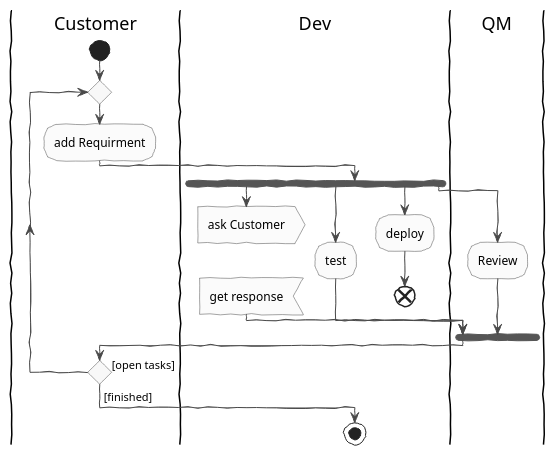
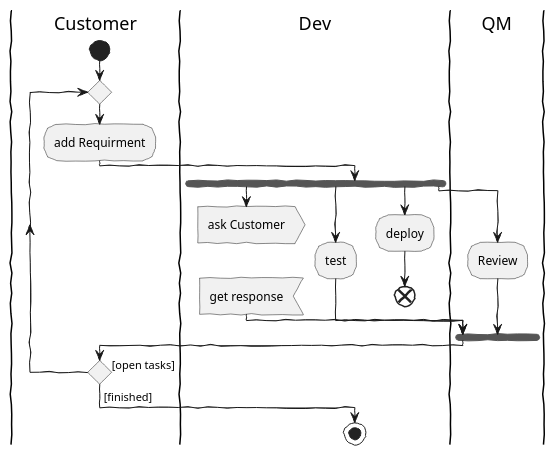
Before and after one commit to hannsens/plantUML-Activity-Cheatsheet: the diagram in plantuml/11_aufhuebschen03.plantuml, drawn with PlantUML. The commit also changed 2 other files, not shown here.

Commit message:
Hinweise zu den Webservices ergänzt und Links zu allen Diagrammen angefügt

```diff
--- a/plantuml/11_aufhuebschen03.plantuml
+++ b/plantuml/11_aufhuebschen03.plantuml
@@ -1,49 +1,37 @@
 @startuml
 ' Welche Schriften gibt es auf dem System?
 ' listfonts als plantUML-Kommando gibt's aus.
 skinparam DefaultFontName "FG Virgil"
 skinparam handwritten true
 skinparam monochrome true
 skinparam packageStyle rect
 skinparam shadowing false
 
-skinparam Activity{
-    BackgroundColor snow
-    BorderColor DarkSlateBlue
-    DiamondBackgroundColor ghostwhite
-    DiamondBorderColor DarkSlateBlue
 
-}
-skinparam Note{
-    BorderColor DarkSlateBlue
-    BackgroundColor LightYellow
-}
-
-skinparam ArrowColor DarkSlateBlue
   |Customer|
   |Dev|
   |QM|
   |Customer|
   start
   repeat
   :add Requirment;
   |Dev|
   fork
     :ask Customer>
 	Detach
 	:get response<
   fork again 
   :test;
   fork again
   :deploy;
   end
   fork again 
   |QM|
     :Review;
   end fork
    |Customer|
      repeat while () is ([open tasks])
 ->[finished];
 |Dev|
 stop 
 @enduml
```
